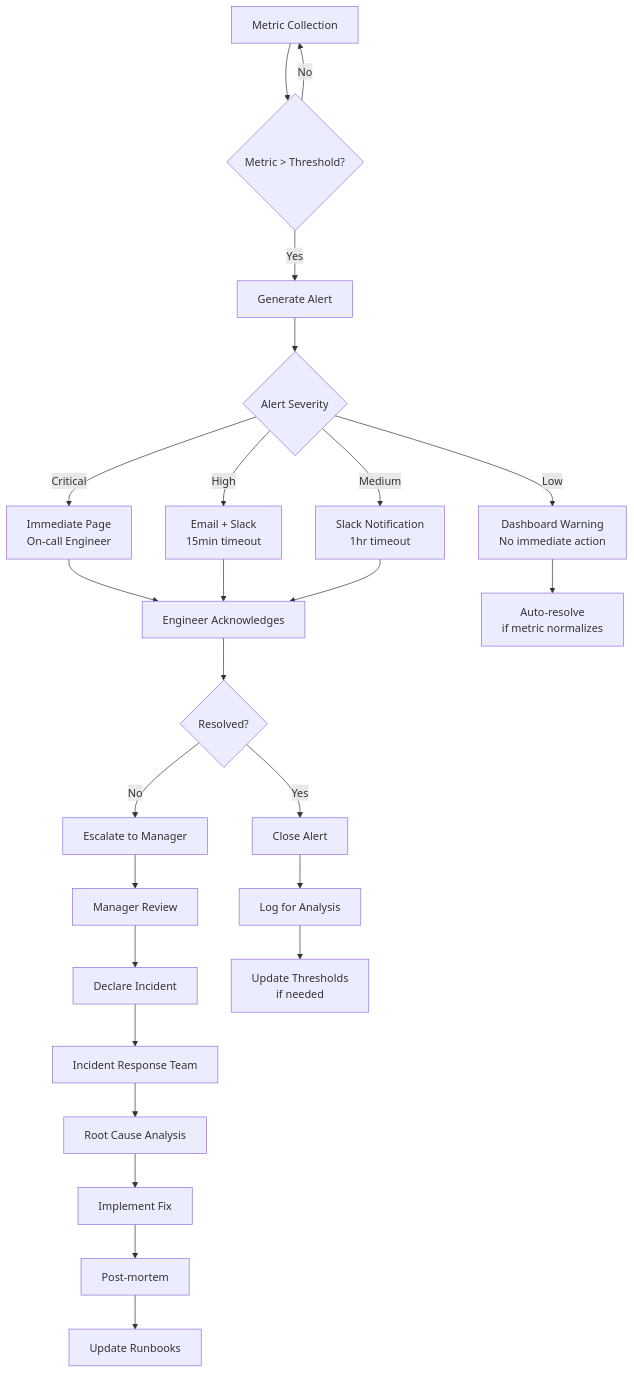
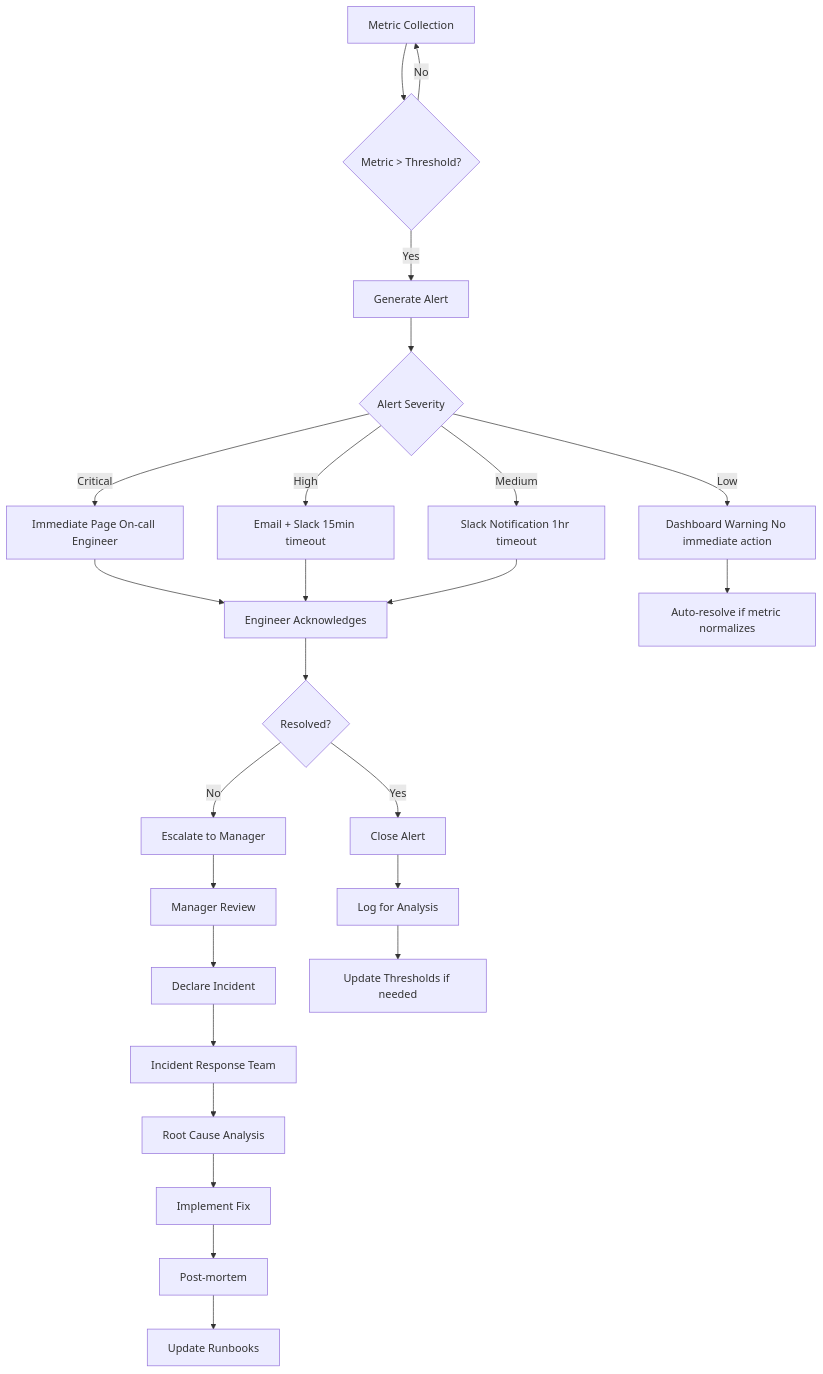
The third of 4 diagrams in ops/3-monitoring-and-observability.md (basharArif/sql-learning-path), drawn with Mermaid before and after one commit. The commit also changed other lines of this file and 12 other files, not shown here.

Commit message:
Fix Mermaid diagrams in remaining files: Replace \n with spaces for proper rendering

````diff
--- a/ops/3-monitoring-and-observability.md
+++ b/ops/3-monitoring-and-observability.md
@@ -121,32 +121,32 @@
 ```mermaid
 graph TD
     A[Metric Collection] --> B{Metric > Threshold?}
     B -->|No| A
     B -->|Yes| C[Generate Alert]
     
     C --> D{Alert Severity}
-    D -->|Critical| E[Immediate Page\nOn-call Engineer]
-    D -->|High| F[Email + Slack\n15min timeout]
-    D -->|Medium| G[Slack Notification\n1hr timeout]
-    D -->|Low| H[Dashboard Warning\nNo immediate action]
+    D -->|Critical| E[Immediate Page On-call Engineer]
+    D -->|High| F[Email + Slack 15min timeout]
+    D -->|Medium| G[Slack Notification 1hr timeout]
+    D -->|Low| H[Dashboard Warning No immediate action]
     
     E --> I[Engineer Acknowledges]
     F --> I
     G --> I
-    H --> J[Auto-resolve\nif metric normalizes]
+    H --> J[Auto-resolve if metric normalizes]
     
     I --> K{Resolved?}
     K -->|Yes| L[Close Alert]
     K -->|No| M[Escalate to Manager]
     
     M --> N[Manager Review]
     N --> O[Declare Incident]
     O --> P[Incident Response Team]
     P --> Q[Root Cause Analysis]
     Q --> R[Implement Fix]
     R --> S[Post-mortem]
     S --> T[Update Runbooks]
     
     L --> U[Log for Analysis]
-    U --> V[Update Thresholds\nif needed]
+    U --> V[Update Thresholds if needed]
 ```
````
